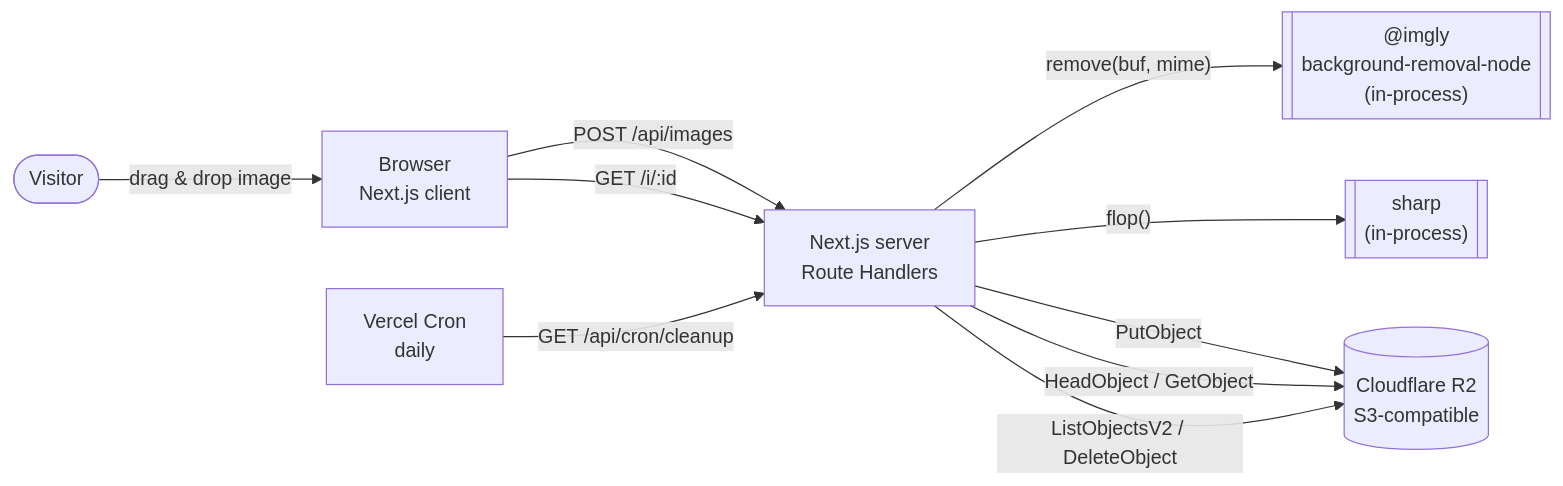
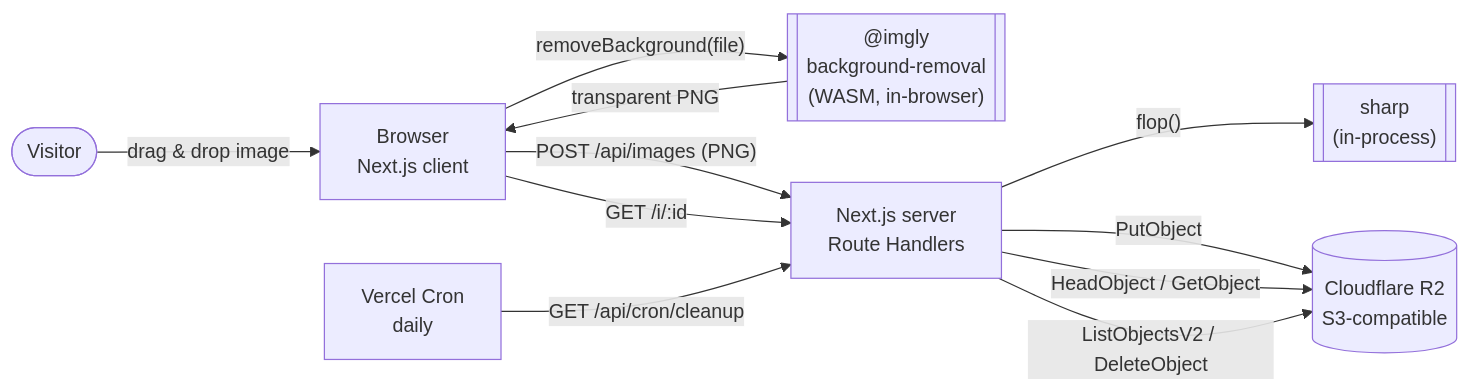
The first of 5 diagrams in docs/ARCHITECTURE.md (agustin-vaca/image-transformation), drawn with Mermaid before and after one commit. The commit also changed other lines of this file and 21 other files, not shown here.

First line of the commit message:
perf: move bg-removal to the browser (eliminates ~14s server CPU floor) (#15)

````diff
--- a/docs/ARCHITECTURE.md
+++ b/docs/ARCHITECTURE.md
@@ -13,20 +13,21 @@
 ```mermaid
 flowchart LR
     user([Visitor])
     browser[Browser<br/>Next.js client]
+    imgly[["@imgly<br/>background-removal<br/>(WASM, in-browser)"]]
     server[Next.js server<br/>Route Handlers]
-    imgly[["@imgly<br/>background-removal-node<br/>(in-process)"]]
     sharp[["sharp<br/>(in-process)"]]
     r2[(Cloudflare R2<br/>S3-compatible)]
     cron[Vercel Cron<br/>daily]
 
     user -- "drag &amp; drop image" --> browser
-    browser -- "POST /api/images" --> server
-    server -- "remove(buf, mime)" --> imgly
+    browser -- "removeBackground(file)" --> imgly
+    imgly -- "transparent PNG" --> browser
+    browser -- "POST /api/images (PNG)" --> server
     server -- "flop()" --> sharp
     server -- "PutObject" --> r2
     browser -- "GET /i/:id" --> server
     server -- "HeadObject / GetObject" --> r2
     cron -- "GET /api/cron/cleanup" --> server
     server -- "ListObjectsV2 / DeleteObject" --> r2
 ```
````
